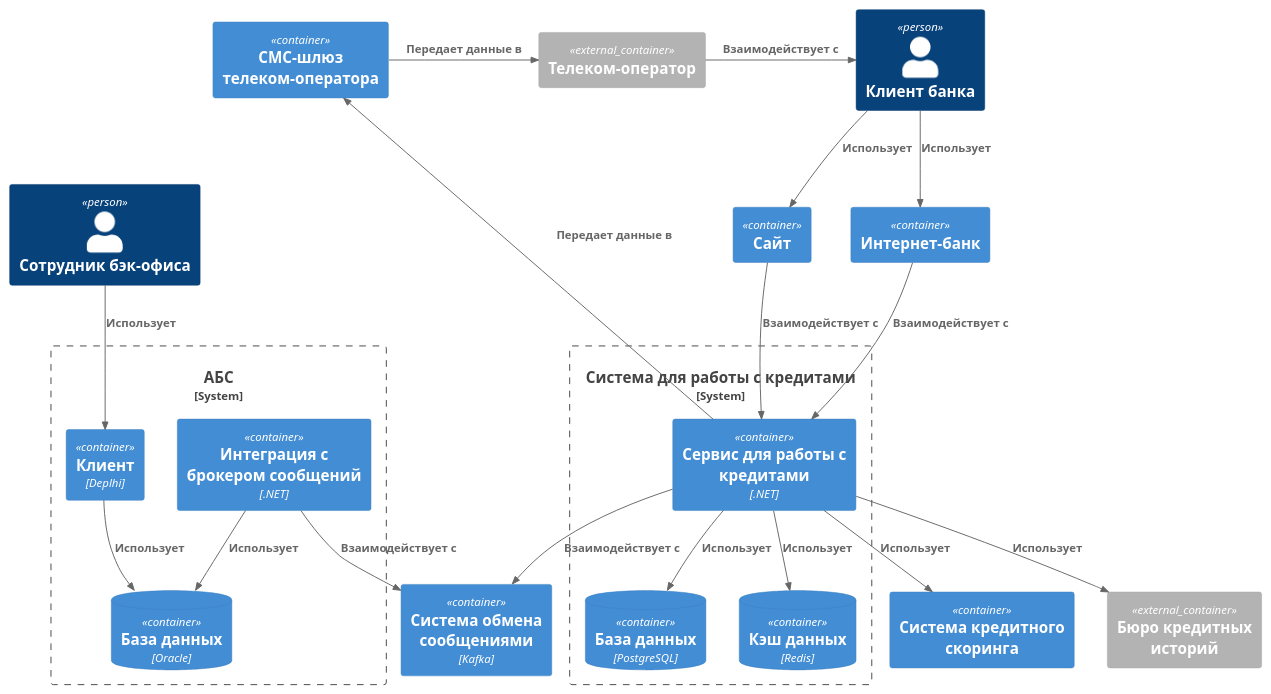
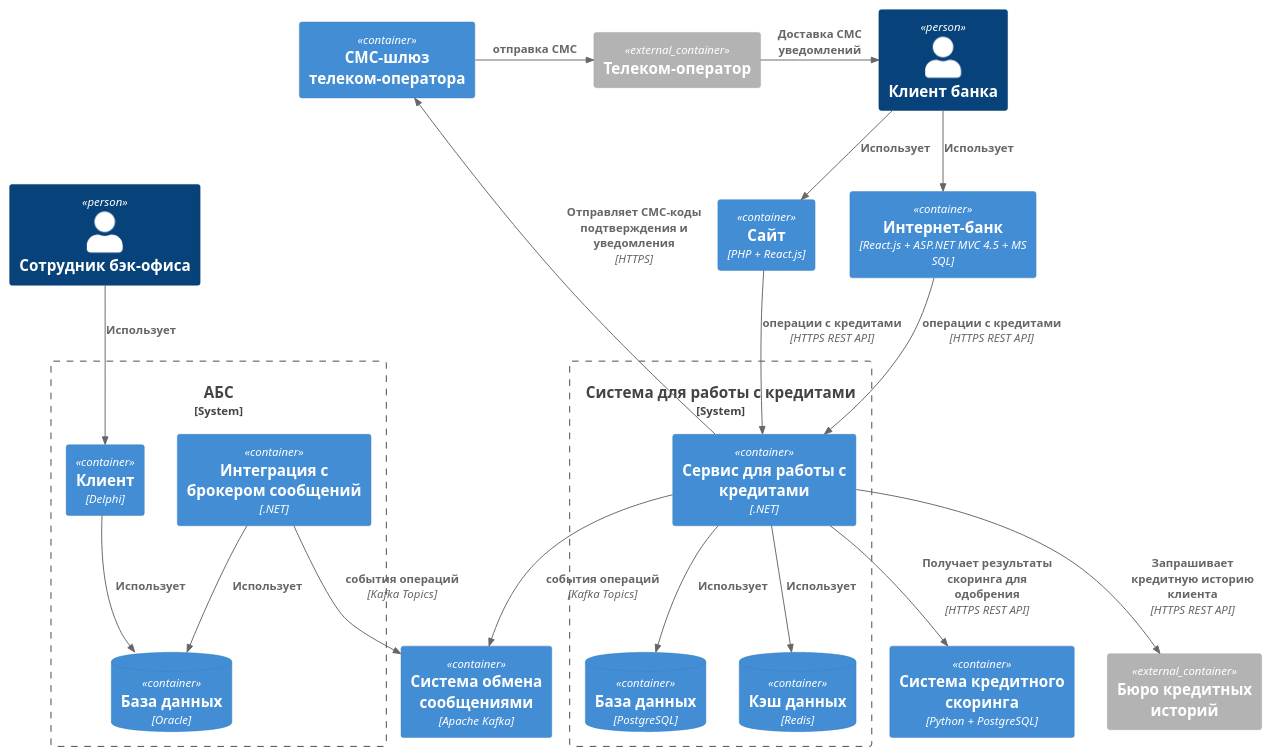
Before and after one commit to vsevolod-nikitin/yandex-practicum-architecture-pro-standart: the diagram in Task5/Containers.puml, drawn with PlantUML. The commit also changed 3 other files, not shown here.

Commit message:
Дополнение схем задания 5.

```diff
--- a/Task5/Containers.puml
+++ b/Task5/Containers.puml
@@ -1,53 +1,53 @@
 @startuml Containers
 !include https://raw.githubusercontent.com/plantuml-stdlib/C4-PlantUML/master/C4_Container.puml
 
 Person(client, "Клиент банка")
 Person(backEmployee, "Сотрудник бэк-офиса")
 
-Container(website, "Сайт")
-Container(internetBank, "Интернет-банк")
+Container(website, "Сайт", "PHP + React.js")
+Container(internetBank, "Интернет-банк", "React.js + ASP.NET MVC 4.5 + MS SQL")
 
 System_Boundary(absSystem, "АБС"){
-    Container(abs, "Клиент", "Deplhi")
+    Container(abs, "Клиент", "Delphi")
     Container(absMQIntegration, "Интеграция с брокером сообщений", ".NET")
     ContainerDb(absDb, "База данных", "Oracle")
 }
 
 System_Boundary(creditSystem, "Система для работы с кредитами"){
     Container(creditService, "Сервис для работы с кредитами", ".NET")
     ContainerDb(creditServiceDb, "База данных", "PostgreSQL")
     ContainerDb(creditCache, "Кэш данных", "Redis")
 }
 
-Container(scoringSystem, "Система кредитного скоринга")
+Container(scoringSystem, "Система кредитного скоринга", "Python + PostgreSQL")
 Container(smsGateway, "СМС-шлюз телеком-оператора")
-Container(messageBroker, "Система обмена сообщениями", "Kafka")
+Container(messageBroker, "Система обмена сообщениями", "Apache Kafka")
 
 Container_Ext(telecomOperator, "Телеком-оператор")
 Container_Ext(creditBureau, "Бюро кредитных историй")
 
 Rel(client, internetBank, "Использует")
 Rel(client, website, "Использует")
 
 Rel(backEmployee, abs, "Использует")
-Rel(internetBank, creditService, "Взаимодействует с")
-Rel(website, creditService, "Взаимодействует с")
+Rel(internetBank, creditService, "операции с кредитами", "HTTPS REST API")
+Rel(website, creditService, "операции с кредитами", "HTTPS REST API")
 
-Rel_R(creditService, smsGateway, "Передает данные в")
+Rel_R(creditService, smsGateway, "Отправляет СМС-коды подтверждения и уведомления", "HTTPS")
 Rel(creditService, creditServiceDb, "Использует")
 Rel(creditService, creditCache, "Использует")
 
-Rel_R(smsGateway, telecomOperator, "Передает данные в")
-Rel_R(telecomOperator, client, "Взаимодействует с")
+Rel_R(smsGateway, telecomOperator, "отправка СМС")
+Rel_R(telecomOperator, client, "Доставка СМС уведомлений")
 
 Rel(abs, absDb, "Использует")
-Rel(creditService, scoringSystem, "Использует")
-Rel(creditService, creditBureau, "Использует")
+Rel(creditService, scoringSystem, "Получает результаты скоринга для одобрения", "HTTPS REST API")
+Rel(creditService, creditBureau, "Запрашивает кредитную историю клиента", "HTTPS REST API")
 
-Rel(absMQIntegration, messageBroker, "Взаимодействует с")
+Rel(absMQIntegration, messageBroker, "события операций", "Kafka Topics")
 Rel(absMQIntegration, absDb, "Использует")
-Rel(creditService, messageBroker, "Взаимодействует с")
+Rel(creditService, messageBroker, "события операций", "Kafka Topics")
 
 LAYOUT_TOP_DOWN()
 
 @enduml
```
